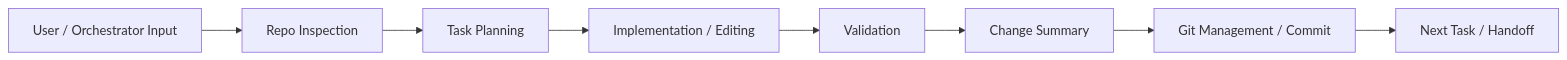
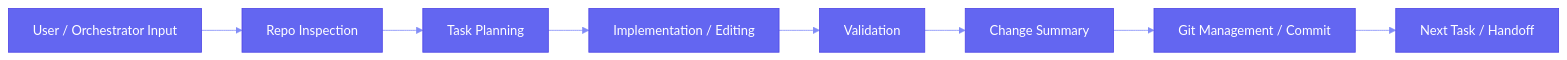
The diagram in docs/WORKFLOW.md (NoranBits/OrchLayerAI), drawn with Mermaid before and after one commit. The commit also changed 6 other files, not shown here.

````diff
--- a/docs/WORKFLOW.md
+++ b/docs/WORKFLOW.md
@@ -5,10 +5,21 @@
 ```mermaid
+%%{init: {
+  'theme': 'base',
+  'themeVariables': {
+    'primaryColor': '#6366f1',
+    'primaryTextColor': '#fff',
+    'primaryBorderColor': '#4f46e5',
+    'lineColor': '#818cf8',
+    'secondaryColor': '#ec4899',
+    'tertiaryColor': '#06b6d4'
+  }
+}}%%
 flowchart LR
   A[User / Orchestrator Input] --> B[Repo Inspection]
   B --> C[Task Planning]
   C --> D[Implementation / Editing]
   D --> E[Validation]
   E --> F[Change Summary]
   F --> G[Git Management / Commit]
   G --> H[Next Task / Handoff]
 ```
````
